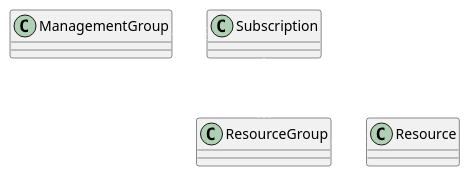
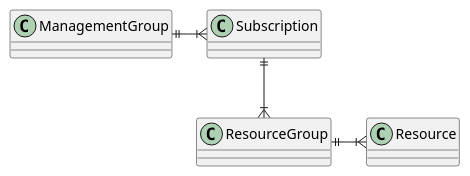
Before and after one commit to 9shahs9/az900: the first of 2 diagrams in core_components/core_components.asciidoc, drawn with PlantUML. The commit also changed other lines of this file, not shown here.

Commit message:
Azure Subscriptions

```diff
--- a/core_components/core_components.asciidoc
+++ b/core_components/core_components.asciidoc
@@ -8,10 +8,10 @@
 [plantuml,OrgHierarchy,svg]
 ....
 @startuml
 
-ManagementGroup ||-|{ Subscription #white
-Subscription ||--|{ ResourceGroup #white
-ResourceGroup ||-|{ Resource #white
+ManagementGroup ||-|{ Subscription 
+Subscription ||--|{ ResourceGroup 
+ResourceGroup ||-|{ Resource 
 
 @enduml
 .... 
```
